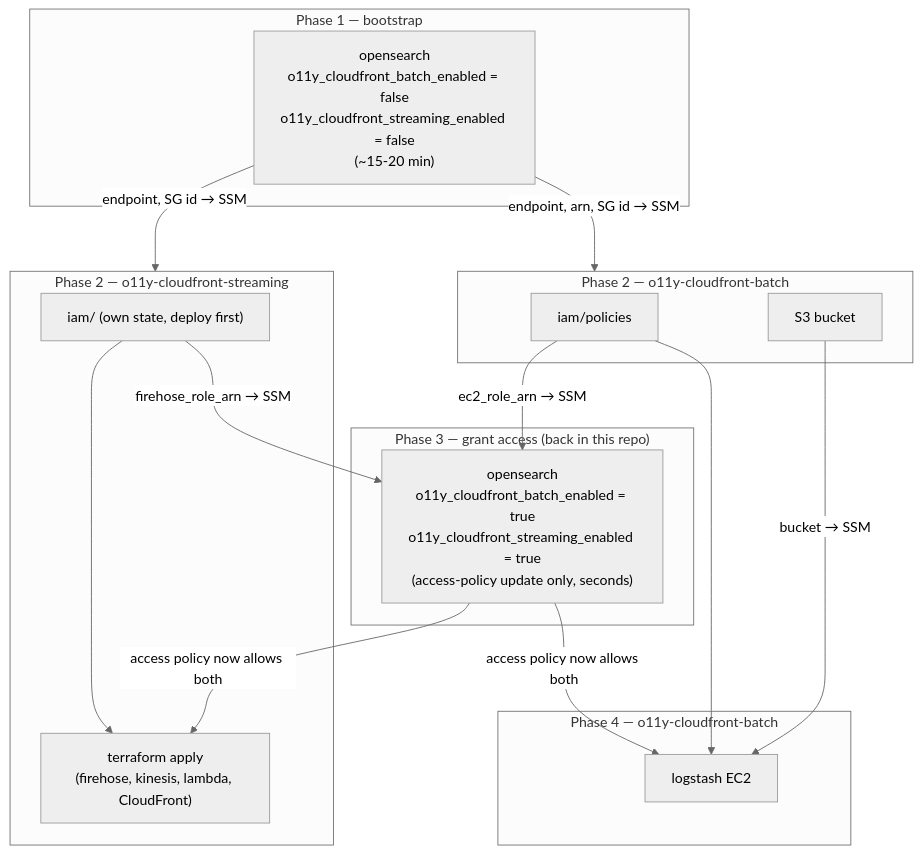
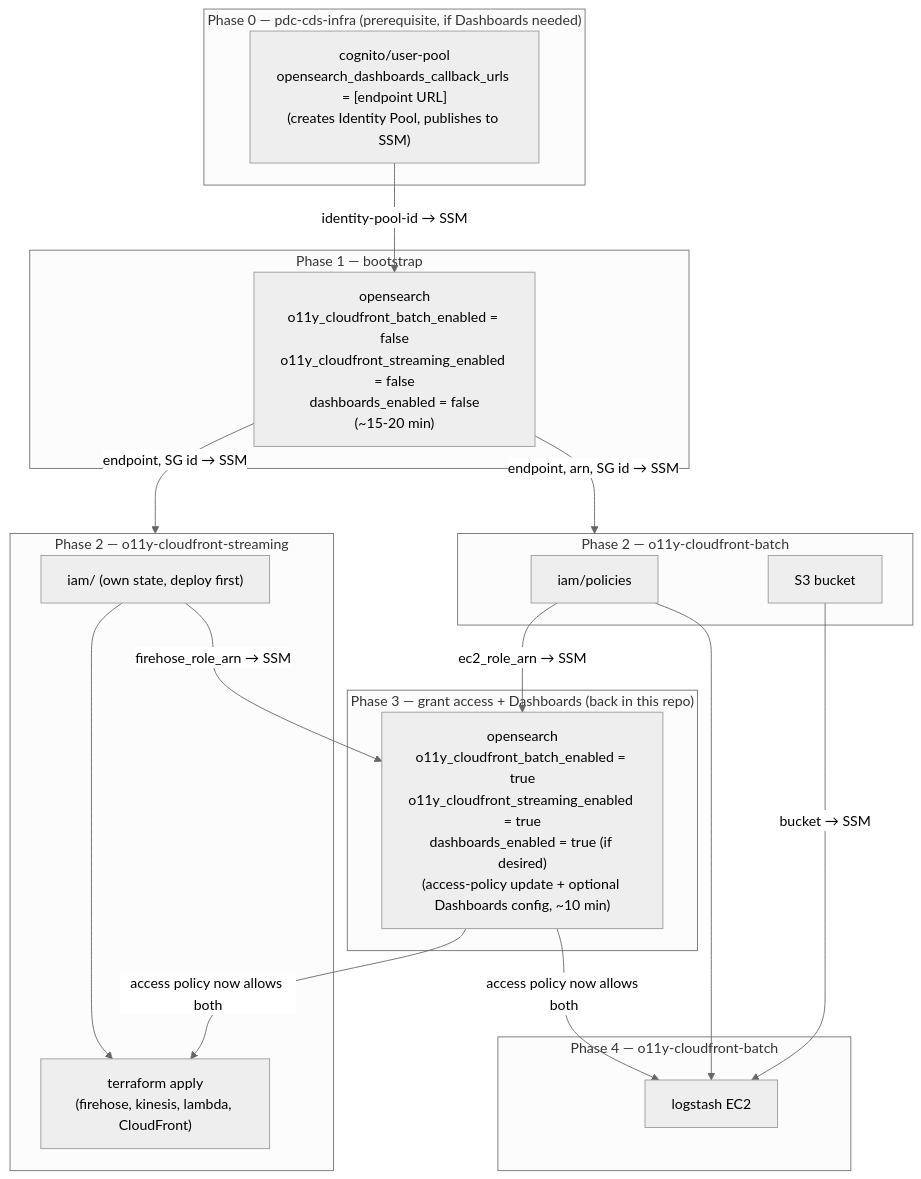
The second of 2 diagrams in terraform/README.md (NASA-PDS/o11y-platform), drawn with Mermaid (neutral theme) before and after one commit. The commit also changed other lines of this file and 6 other files, not shown here.

First line of the commit message:
Add OpenSearch Dashboards support via Cognito auth

````diff
--- a/terraform/README.md
+++ b/terraform/README.md
@@ -52,34 +70,39 @@
 ```mermaid
 flowchart TD
+    subgraph p0["Phase 0 — pdc-cds-infra (prerequisite, if Dashboards needed)"]
+        CDS["cognito/user-pool\nopensearch_dashboards_callback_urls = [endpoint URL]\n(creates Identity Pool, publishes to SSM)"]
+    end
+
     subgraph p1["Phase 1 — bootstrap"]
-        OS1["opensearch\no11y_cloudfront_batch_enabled = false\no11y_cloudfront_streaming_enabled = false\n(~15-20 min)"]
+        OS1["opensearch\no11y_cloudfront_batch_enabled = false\no11y_cloudfront_streaming_enabled = false\ndashboards_enabled = false\n(~15-20 min)"]
     end
 
     subgraph p2wa["Phase 2 — o11y-cloudfront-batch"]
         IAM["iam/policies"]
         S3["S3 bucket"]
     end
 
     subgraph p2cf["Phase 2 — o11y-cloudfront-streaming"]
         CFIAM["iam/ (own state, deploy first)"]
         CFMAIN["terraform apply\n(firehose, kinesis, lambda, CloudFront)"]
         CFIAM --> CFMAIN
     end
 
-    subgraph p3["Phase 3 — grant access (back in this repo)"]
-        OS2["opensearch\no11y_cloudfront_batch_enabled = true\no11y_cloudfront_streaming_enabled = true\n(access-policy update only, seconds)"]
+    subgraph p3["Phase 3 — grant access + Dashboards (back in this repo)"]
+        OS2["opensearch\no11y_cloudfront_batch_enabled = true\no11y_cloudfront_streaming_enabled = true\ndashboards_enabled = true (if desired)\n(access-policy update + optional Dashboards config, ~10 min)"]
     end
 
     subgraph p4["Phase 4 — o11y-cloudfront-batch"]
         LS["logstash EC2"]
     end
 
+    CDS -->|"identity-pool-id → SSM"| OS1
     OS1 -->|"endpoint, arn, SG id → SSM"| p2wa
     OS1 -->|"endpoint, SG id → SSM"| p2cf
     IAM -->|"ec2_role_arn → SSM"| OS2
     CFIAM -->|"firehose_role_arn → SSM"| OS2
     OS2 -->|"access policy now allows both"| LS
     OS2 -->|"access policy now allows both"| CFMAIN
     IAM --> LS
     S3 -->|"bucket → SSM"| LS
 ```
````
